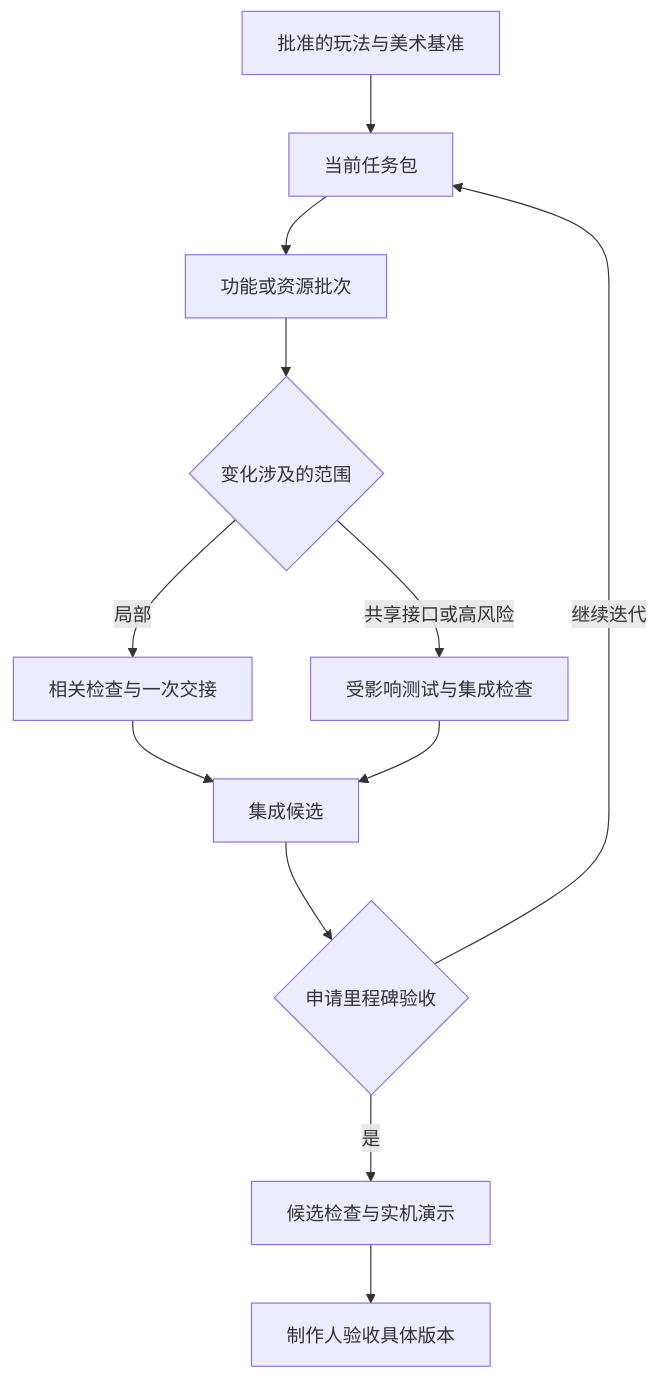
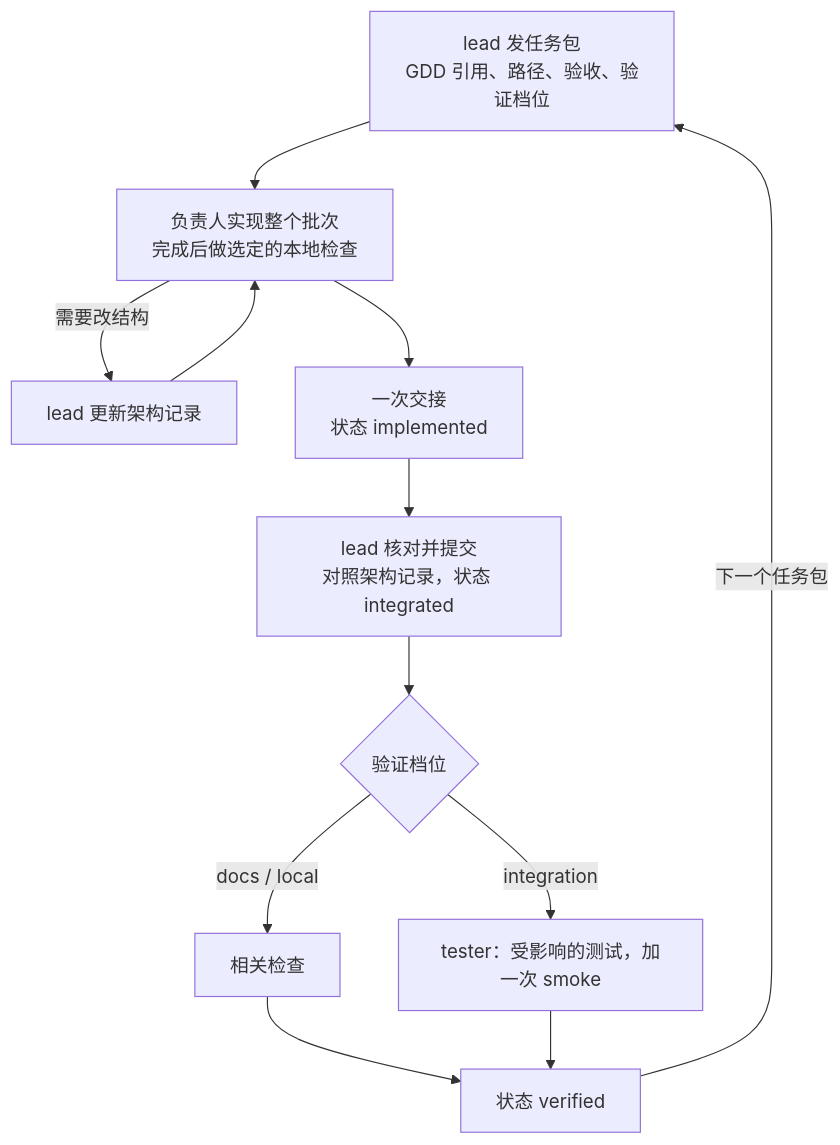
Before and after one commit to ItsYUGAMES/game-workflow-template: the third of 6 diagrams in README.md, drawn with Mermaid. The commit also changed other lines of this file, not shown here.

First line of the commit message:
docs(readme): add workflow and architecture diagrams

````diff
--- a/README.md
+++ b/README.md
@@ -32,14 +67,14 @@
 ```mermaid
 flowchart TD
-  A[批准的玩法与美术基准] --> B[当前任务包]
-  B --> C[功能或资源批次]
-  C --> D{变化涉及的范围}
-  D -->|局部| E[相关检查与一次交接]
-  D -->|共享接口或高风险| F[受影响测试与集成检查]
-  E --> G[集成候选]
-  F --> G
-  G --> H{申请里程碑验收}
-  H -->|继续迭代| B
-  H -->|是| I[候选检查与实机演示]
-  I --> J[制作人验收具体版本]
+  A["lead 发任务包<br/>GDD 引用、路径、验收、验证档位"] --> B["负责人实现整个批次<br/>完成后做选定的本地检查"]
+  B -->|需要改结构| X["lead 更新架构记录"]
+  X --> B
+  B --> C["一次交接<br/>状态 implemented"]
+  C --> D["lead 核对并提交<br/>对照架构记录，状态 integrated"]
+  D --> E{"验证档位"}
+  E -->|"docs / local"| F["相关检查"]
+  E -->|integration| G["tester：受影响的测试，加一次 smoke"]
+  F --> H["状态 verified"]
+  G --> H
+  H -->|下一个任务包| A
 ```
````
